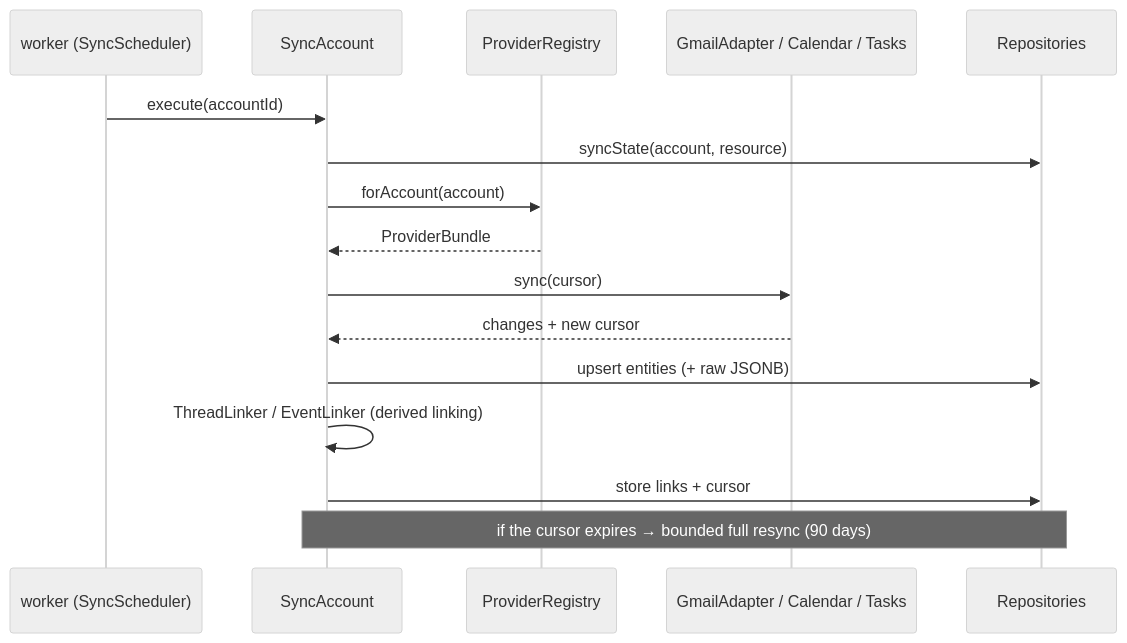
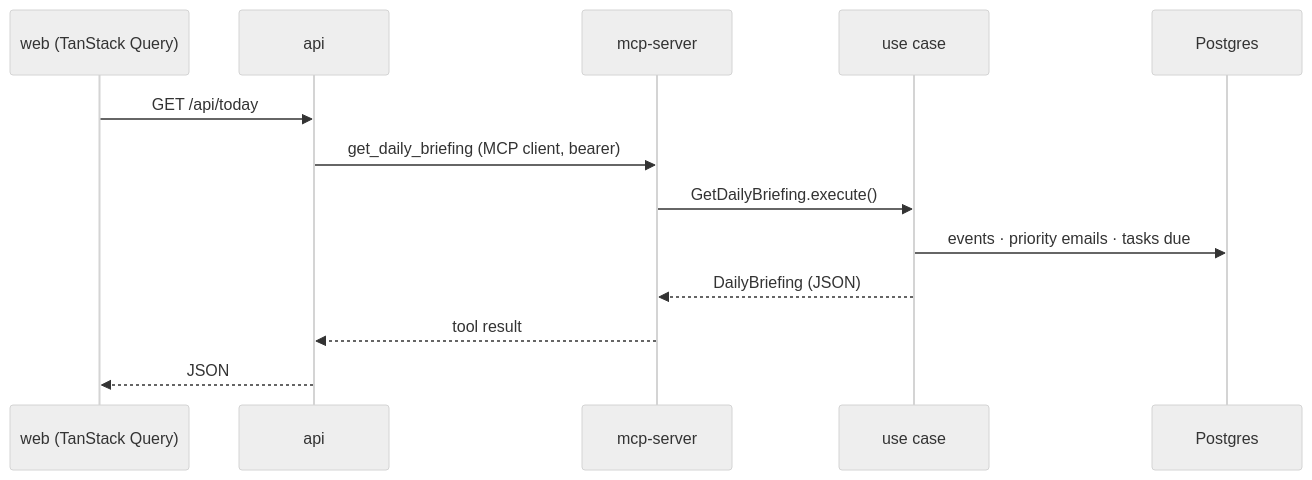
Before and after one commit to srovere/jarvis: the fourth of 6 diagrams in docs/architecture.md, drawn with Mermaid (neutral theme). The commit also changed other lines of this file and 1 other file, not shown here.

First line of the commit message:
docs: describe the architecture and dashboard as built

````diff
--- a/docs/architecture.md
+++ b/docs/architecture.md
@@ -234,18 +144,15 @@
 ```mermaid
 sequenceDiagram
-  participant W as worker (SyncScheduler)
-  participant UC as SyncAccount
-  participant R as ProviderRegistry
-  participant P as GmailAdapter / Calendar / Tasks
-  participant DB as Repositories
-  W->>UC: execute(accountId)
-  UC->>DB: syncState(account, resource)
-  UC->>R: forAccount(account)
-  R-->>UC: ProviderBundle
-  UC->>P: sync(cursor)
-  P-->>UC: changes + new cursor
-  UC->>DB: upsert entities (+ raw JSONB)
-  UC->>UC: ThreadLinker / EventLinker (derived linking)
-  UC->>DB: store links + cursor
-  Note over UC,DB: if the cursor expires → bounded full resync (90 days)
+  participant UI as web (TanStack Query)
+  participant API as api
+  participant MCP as mcp-server
+  participant UC as use case
+  participant DB as Postgres
+  UI->>API: GET /api/today
+  API->>MCP: get_daily_briefing (MCP client, bearer)
+  MCP->>UC: GetDailyBriefing.execute()
+  UC->>DB: events · priority emails · tasks due
+  UC-->>MCP: DailyBriefing (JSON)
+  MCP-->>API: tool result
+  API-->>UI: JSON
 ```
````
